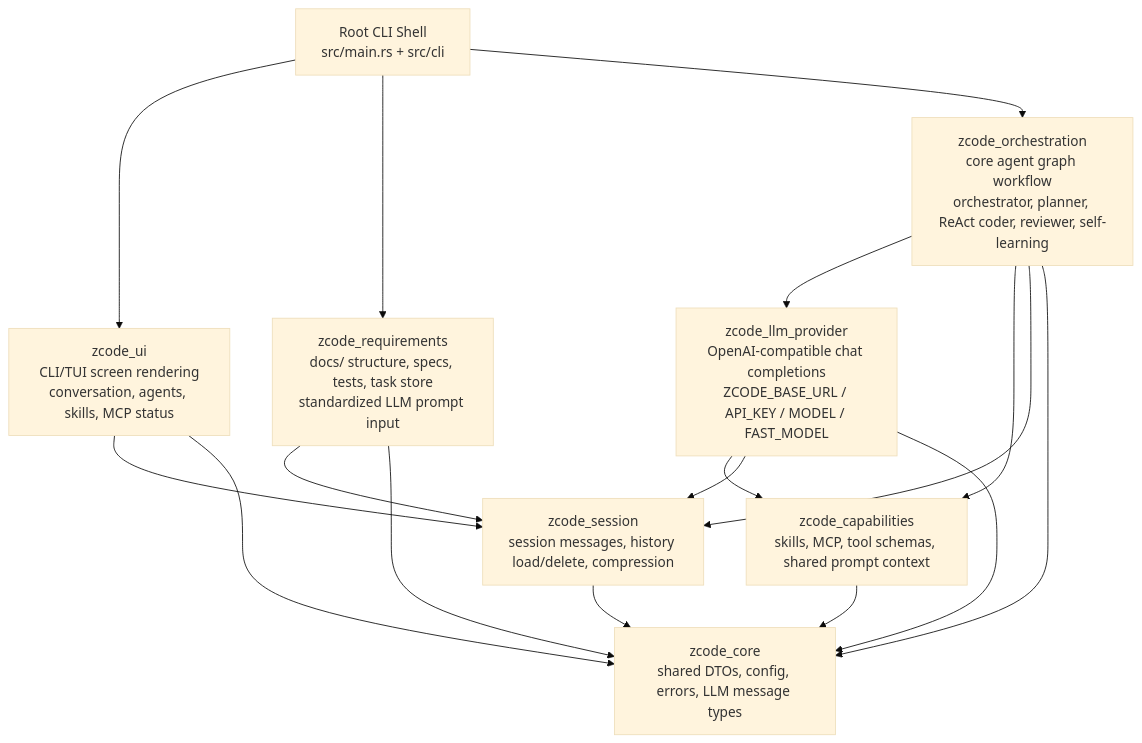
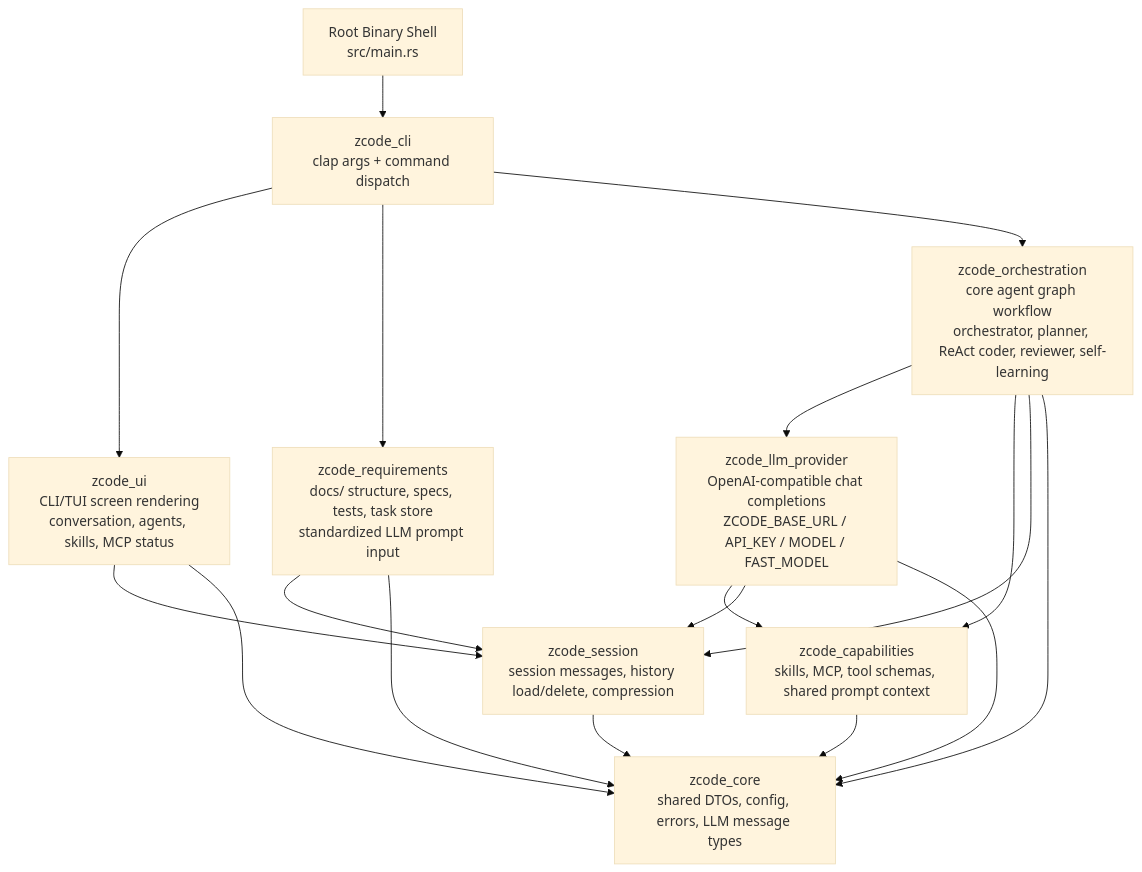
The first of 3 diagrams in ARCHITECTURE.md (zayfen/zcode), drawn with Mermaid (base theme) before and after one commit. The commit also changed other lines of this file and 162 other files, not shown here.

````diff
--- a/ARCHITECTURE.md
+++ b/ARCHITECTURE.md
@@ -9,30 +9,32 @@
 ```mermaid
 flowchart TD
-    cli["Root CLI Shell<br/>src/main.rs + src/cli"]
+    bin["Root Binary Shell<br/>src/main.rs"]
+    cli["zcode_cli<br/>clap args + command dispatch"]
 
     ui["zcode_ui<br/>CLI/TUI screen rendering<br/>conversation, agents, skills, MCP status"]
     req["zcode_requirements<br/>docs/ structure, specs, tests, task store<br/>standardized LLM prompt input"]
     orch["zcode_orchestration<br/>core agent graph workflow<br/>orchestrator, planner, ReAct coder, reviewer, self-learning"]
     llm["zcode_llm_provider<br/>OpenAI-compatible chat completions<br/>ZCODE_BASE_URL / API_KEY / MODEL / FAST_MODEL"]
     cap["zcode_capabilities<br/>skills, MCP, tool schemas, shared prompt context"]
     session["zcode_session<br/>session messages, history load/delete, compression"]
     core["zcode_core<br/>shared DTOs, config, errors, LLM message types"]
 
+    bin --> cli
     cli --> ui
     cli --> req
     cli --> orch
 
     ui --> session
     ui --> core
     req --> session
     req --> core
     orch --> llm
     orch --> cap
     orch --> session
     orch --> core
     llm --> cap
     llm --> session
     llm --> core
     cap --> core
     session --> core
 ```
````
